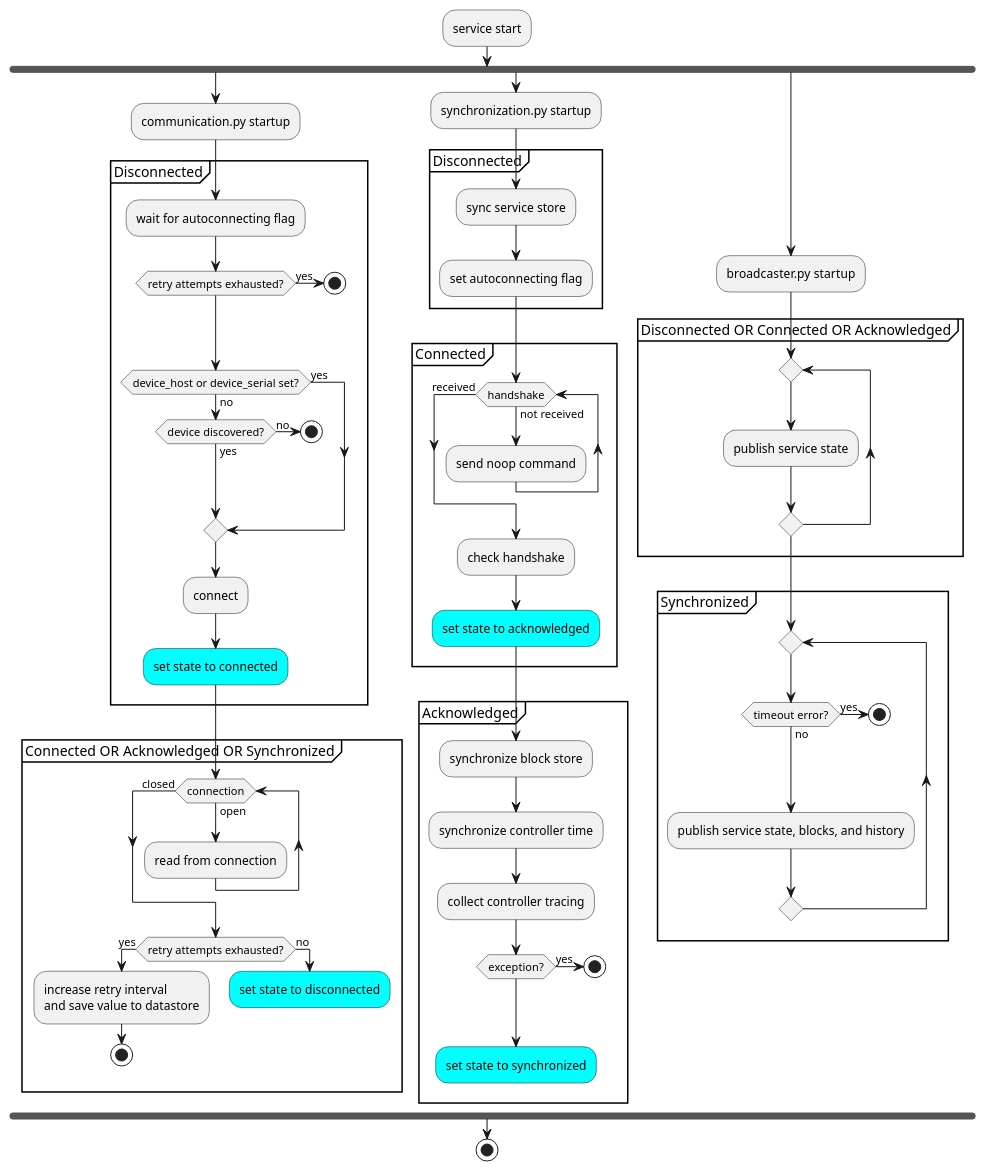
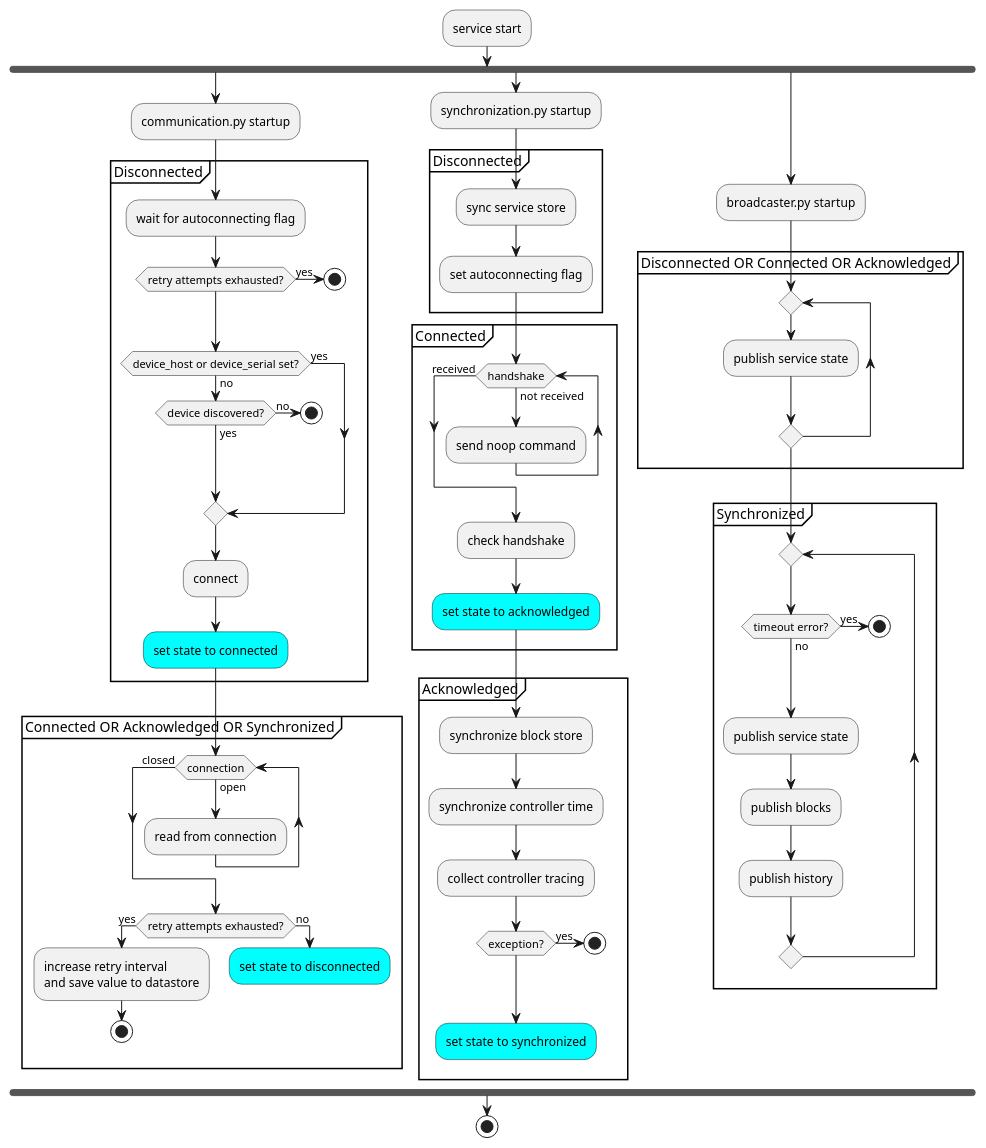
One commit to BrewBlox/brewblox-documentation changed the first of 2 diagrams in docs/dev/decisions/20201008_devcon_connect_states.md. Above: the diagram before and after it, drawn with PlantUML.

Commit message:
split broadcaster publish

```diff
--- a/docs/dev/decisions/20201008_devcon_connect_states.md
+++ b/docs/dev/decisions/20201008_devcon_connect_states.md
@@ -109,16 +109,18 @@
 
     partition "Disconnected OR Connected OR Acknowledged" {
         repeat
-        :publish service state;
+            :publish service state;
         repeat while
     }
     partition Synchronized {
         repeat
-        if (timeout error?) then (yes)
-            stop
-        else (no)
-        endif
-        :publish service state, blocks, and history;
+            if (timeout error?) then (yes)
+                stop
+            else (no)
+            endif
+            :publish service state;
+            :publish blocks;
+            :publish history;
         repeat while
     }
     detach
```
